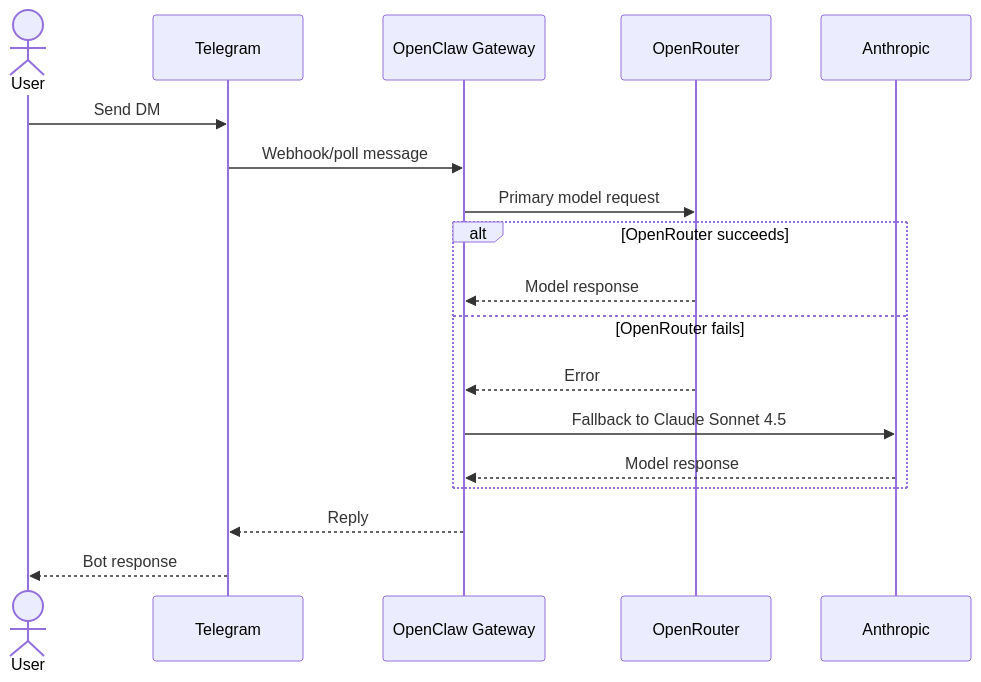
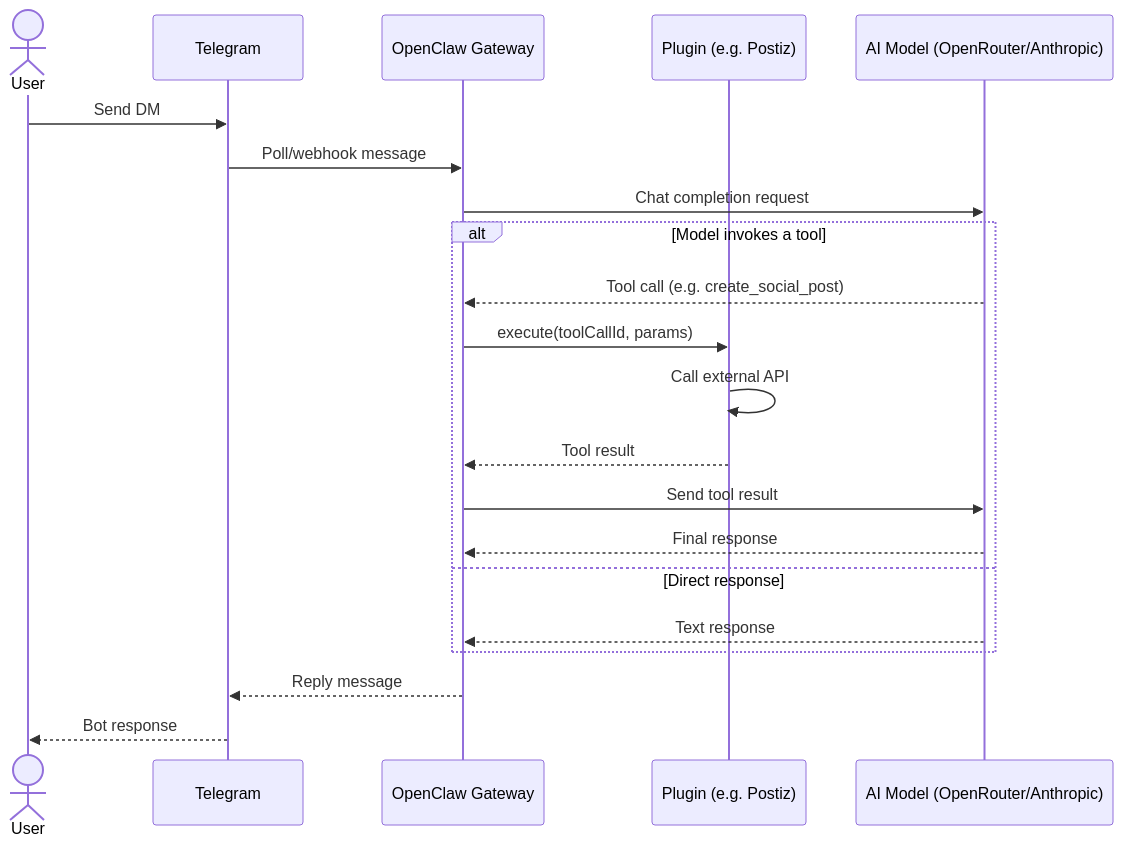
Before and after one commit to Adawodu/dynoclaw: the fourth of 7 diagrams in DOCUMENTATION/diagrams/sequences.md, drawn with Mermaid. The commit also changed other lines of this file and 13 other files, not shown here.

````diff
--- a/DOCUMENTATION/diagrams/sequences.md
+++ b/DOCUMENTATION/diagrams/sequences.md
@@ -26,21 +142,26 @@
 ```mermaid
 sequenceDiagram
     actor User
     participant TG as Telegram
     participant GW as OpenClaw Gateway
-    participant OR as OpenRouter
-    participant AN as Anthropic
+    participant Plugin as Plugin (e.g. Postiz)
+    participant Model as AI Model (OpenRouter/Anthropic)
 
     User->>TG: Send DM
-    TG->>GW: Webhook/poll message
-    GW->>OR: Primary model request
-    alt OpenRouter succeeds
-        OR-->>GW: Model response
-    else OpenRouter fails
-        OR-->>GW: Error
-        GW->>AN: Fallback to Claude Sonnet 4.5
-        AN-->>GW: Model response
+    TG->>GW: Poll/webhook message
+
+    GW->>Model: Chat completion request
+    alt Model invokes a tool
+        Model-->>GW: Tool call (e.g. create_social_post)
+        GW->>Plugin: execute(toolCallId, params)
+        Plugin->>Plugin: Call external API
+        Plugin-->>GW: Tool result
+        GW->>Model: Send tool result
+        Model-->>GW: Final response
+    else Direct response
+        Model-->>GW: Text response
     end
-    GW-->>TG: Reply
+
+    GW-->>TG: Reply message
     TG-->>User: Bot response
 ```
````
